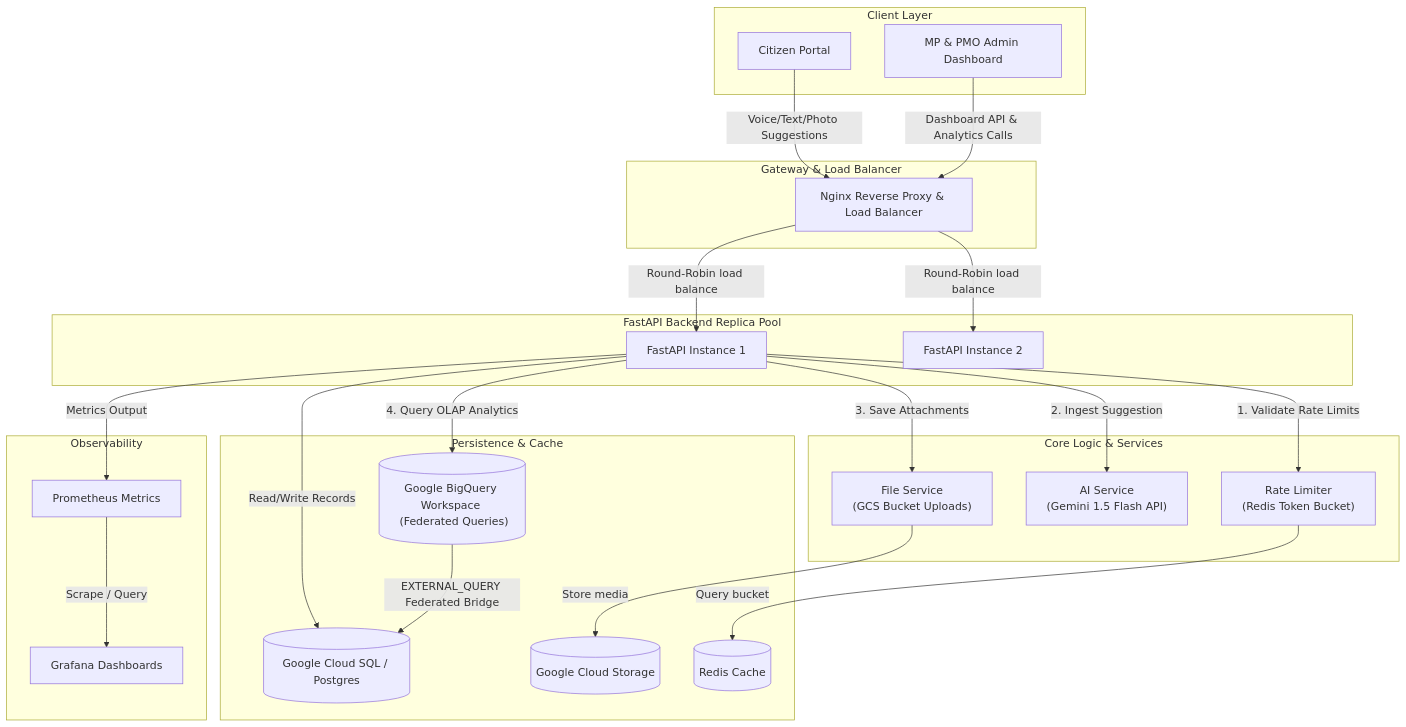
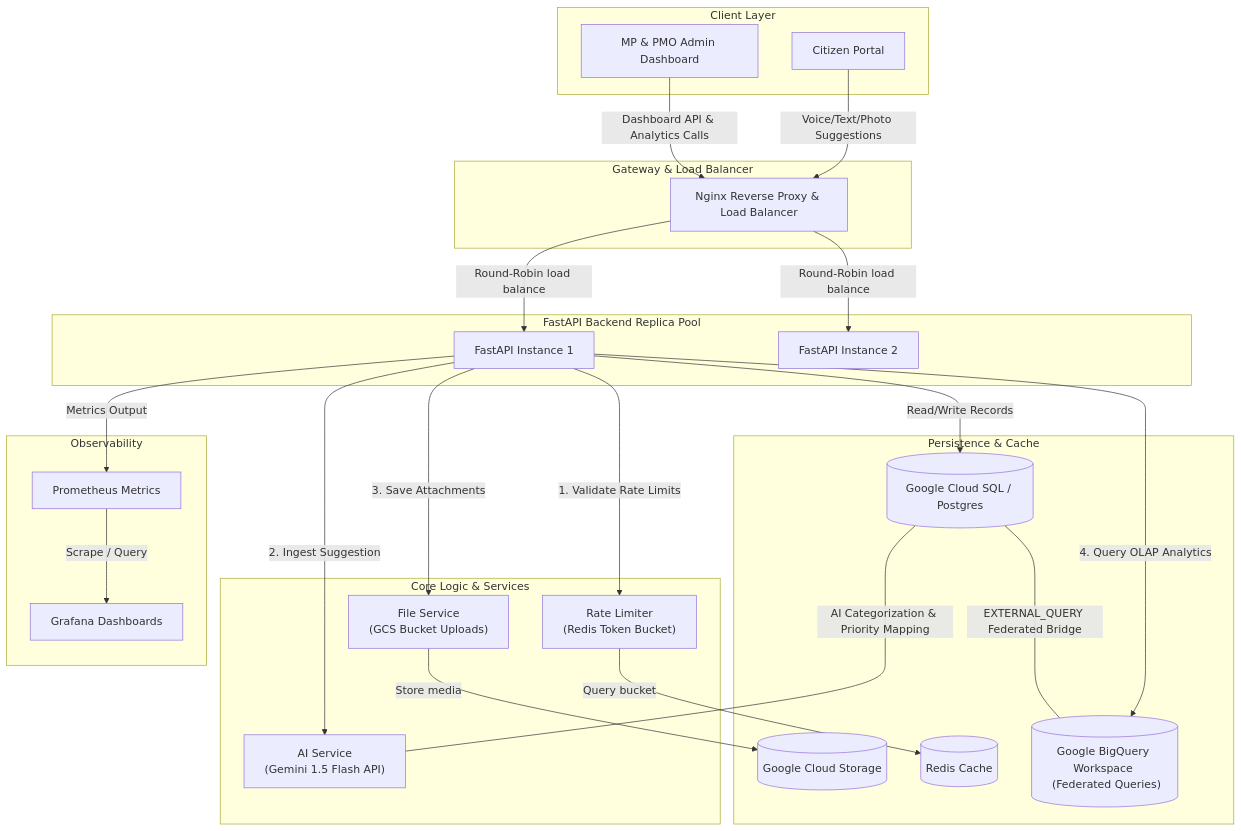
Before and after one commit to Nandanhs006/Civic-Pulse: the diagram in README.md, drawn with Mermaid. The commit also changed 1 other file, not shown here.

Commit message:
pitch deck

````diff
--- a/README.md
+++ b/README.md
@@ -22,56 +22,57 @@
 ```mermaid
 graph TB
     subgraph Client Layer
         Citizen["Citizen Portal"]
         Admin["MP & PMO Admin Dashboard"]
     end
 
     subgraph Gateway & Load Balancer
         Nginx["Nginx Reverse Proxy & Load Balancer"]
     end
 
     subgraph FastAPI Backend Replica Pool
         FastAPI1["FastAPI Instance 1"]
         FastAPI2["FastAPI Instance 2"]
     end
 
     subgraph Core Logic & Services
         Limiter["Rate Limiter <br/> (Redis Token Bucket)"]
         AIService["AI Service <br/> (Gemini 1.5 Flash API)"]
         FileService["File Service <br/> (GCS Bucket Uploads)"]
     end
 
     subgraph Persistence & Cache
         CloudSQL[("Google Cloud SQL / Postgres")]
         GCS[("Google Cloud Storage")]
         Cache[("Redis Cache")]
         BigQuery[("Google BigQuery Workspace <br/> (Federated Queries)")]
     end
 
     subgraph Observability
         Prom["Prometheus Metrics"]
         Grafana["Grafana Dashboards"]
     end
 
     %% Routing connections
     Citizen -->|Voice/Text/Photo Suggestions| Nginx
     Admin -->|Dashboard API & Analytics Calls| Nginx
     
     Nginx -->|Round-Robin load balance| FastAPI1
     Nginx -->|Round-Robin load balance| FastAPI2
     
     FastAPI1 -->|1. Validate Rate Limits| Limiter
     Limiter -->|Query bucket| Cache
     
     FastAPI1 -->|2. Ingest Suggestion| AIService
     FastAPI1 -->|3. Save Attachments| FileService
     
     FileService -->|Store media| GCS
     FastAPI1 -->|Read/Write Records| CloudSQL
     
     FastAPI1 -->|4. Query OLAP Analytics| BigQuery
-    BigQuery -->|EXTERNAL_QUERY Federated Bridge| CloudSQL
+    CloudSQL <---|EXTERNAL_QUERY Federated Bridge| BigQuery
+    CloudSQL <---|AI Categorization & Priority Mapping| AIService
     
     FastAPI1 -->|Metrics Output| Prom
     Prom -->|Scrape / Query| Grafana
 ```
````
